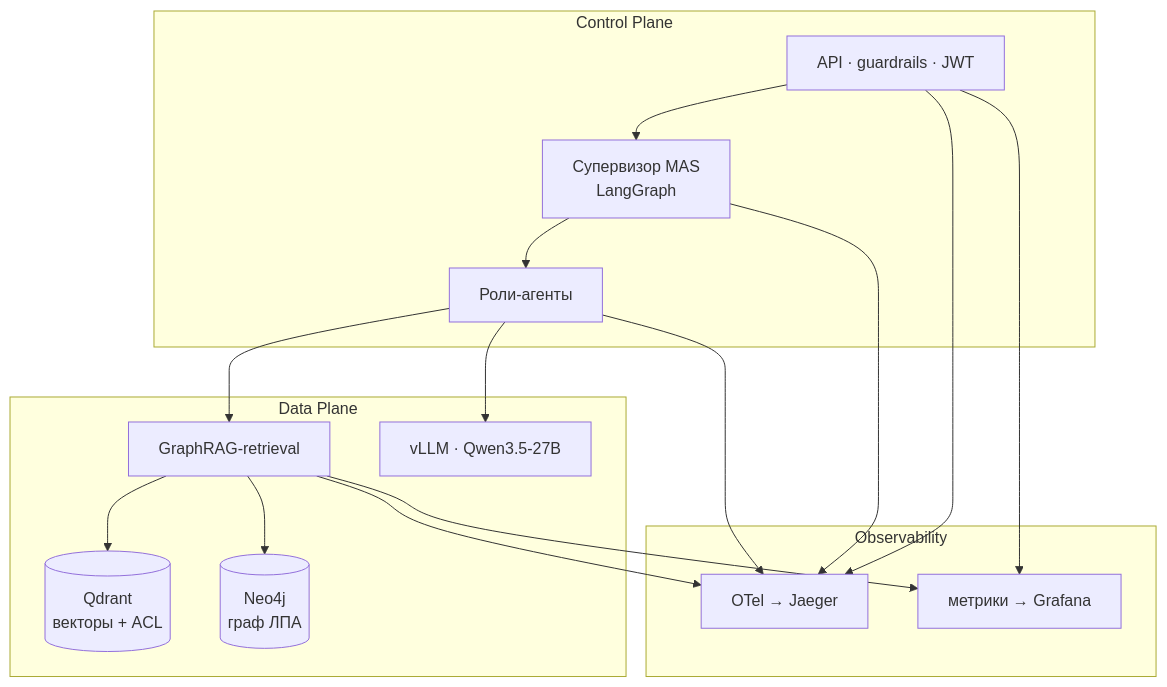
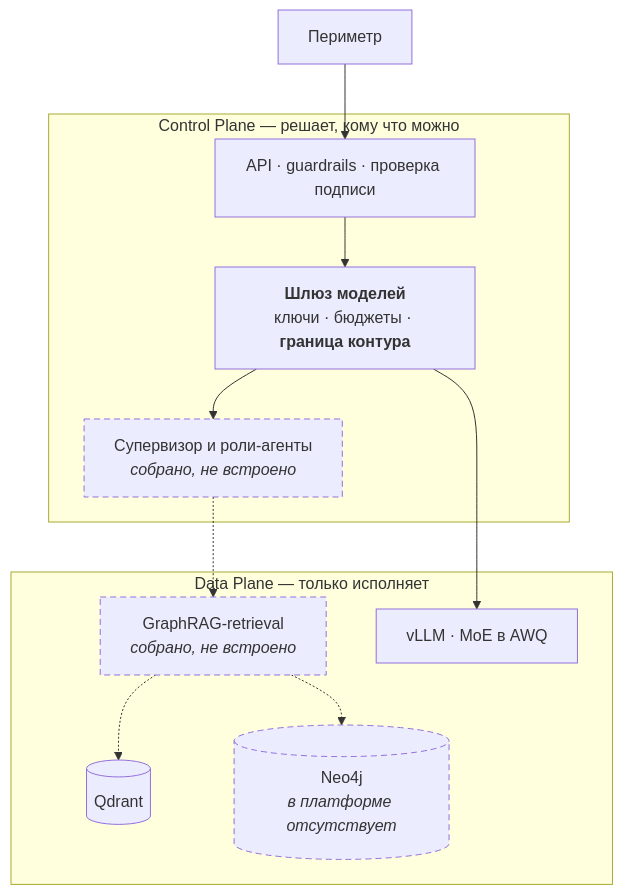
The second of 5 diagrams in final-project/docs/presentation.md (ZubikIT/ai-architect), drawn with Mermaid before and after one commit. The commit also changed other lines of this file and 6 other files, not shown here.

````diff
--- a/final-project/docs/presentation.md
+++ b/final-project/docs/presentation.md
@@ -129,26 +114,20 @@
 ```mermaid
 flowchart TB
-  subgraph CP["Control Plane"]
-    api["API · guardrails · JWT"]
-    sup["Супервизор MAS<br/>LangGraph"]
-    ag["Роли-агенты"]
+  npm["Периметр"]
+  subgraph cp["Control Plane — решает, кому что можно"]
+    api["API · guardrails · проверка подписи"]
+    gw["<b>Шлюз моделей</b><br/>ключи · бюджеты · <b>граница контура</b>"]
+    sup["Супервизор и роли-агенты<br/><i>собрано, не встроено</i>"]
   end
-
-  subgraph DP["Data Plane"]
-    ret["GraphRAG-retrieval"]
-    qd[("Qdrant<br/>векторы + ACL")]
-    neo[("Neo4j<br/>граф ЛПА")]
-    vllm["vLLM · Qwen3.5-27B"]
+  subgraph dp["Data Plane — только исполняет"]
+    ret["GraphRAG-retrieval<br/><i>собрано, не встроено</i>"]
+    qd[("Qdrant")]
+    neo[("Neo4j<br/><i>в платформе отсутствует</i>")]
+    vllm["vLLM · MoE в AWQ"]
   end
-
-  subgraph OBS["Observability"]
-    otel["OTel → Jaeger"]
-    prom["метрики → Grafana"]
-  end
-
-  api --> sup --> ag --> ret
-  ret --> qd & neo
-  ag --> vllm
-  api & sup & ag & ret --> otel
-  api & ret --> prom
+  npm --> api --> gw --> sup -.-> ret
+  gw --> vllm
+  ret -.-> qd & neo
+  classDef planned stroke-dasharray: 6 4
+  class sup,ret,neo planned
 ```
````
